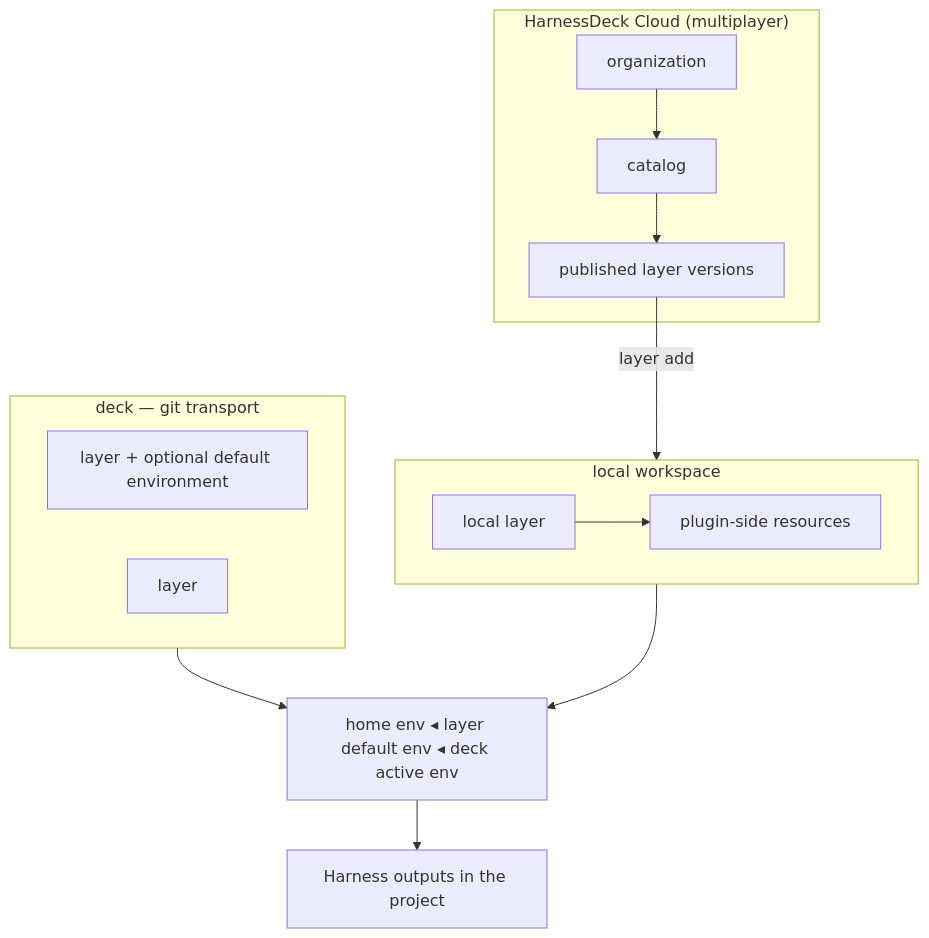
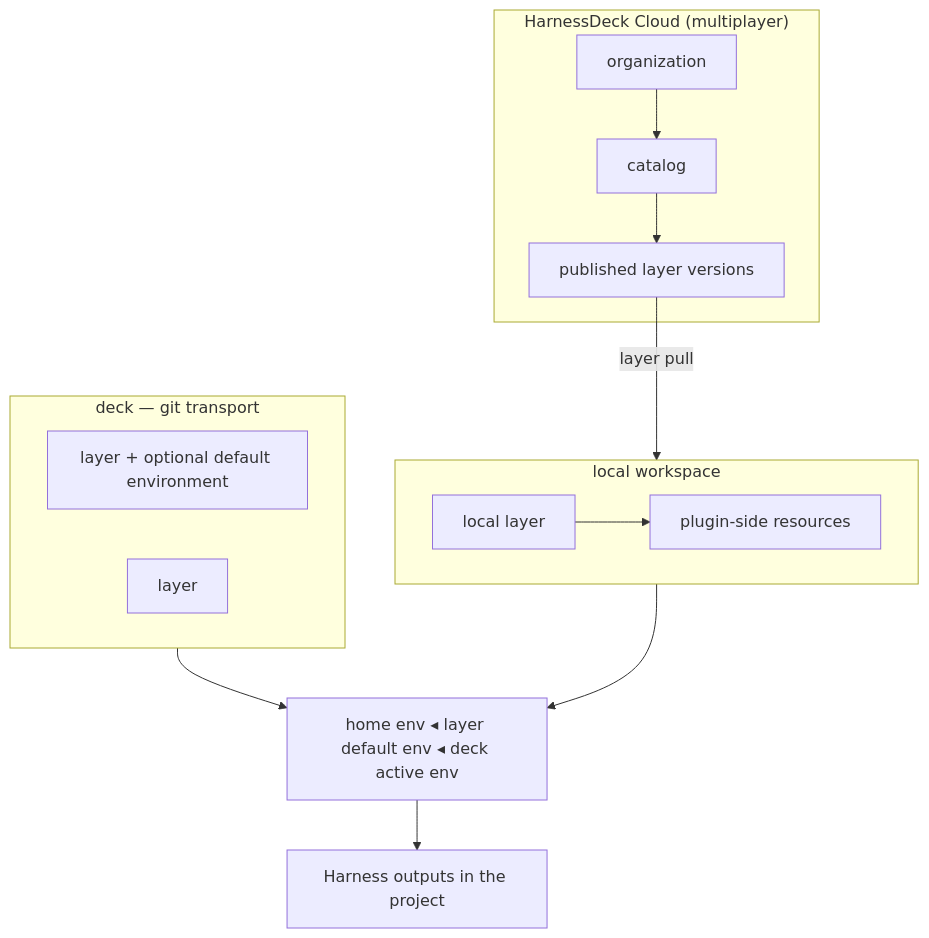
The diagram in SPEC.md (harnesstap/harnesstap), drawn with Mermaid before and after one commit. The commit also changed other lines of this file and 23 other files, not shown here.

````diff
--- a/SPEC.md
+++ b/SPEC.md
@@ -27,25 +27,25 @@
 ```mermaid
 flowchart TB
   subgraph Cloud["HarnessDeck Cloud (multiplayer)"]
     Org[organization]
     Cat[catalog]
     PubL[published layer versions]
     Org --> Cat --> PubL
   end
 
   subgraph Local["local workspace"]
     LL[local layer]
     Res[plugin-side resources]
     LL --> Res
   end
 
   subgraph Deck["deck — git transport"]
     DL1[layer + optional default environment]
     DL2[layer]
   end
 
-  PubL -->|layer add| Local
+  PubL -->|layer pull| Local
   Deck --> Cascade["home env ◂ layer default env ◂ deck active env"]
   Local --> Cascade
   Cascade --> Out[Harness outputs in the project]
 ```
````
